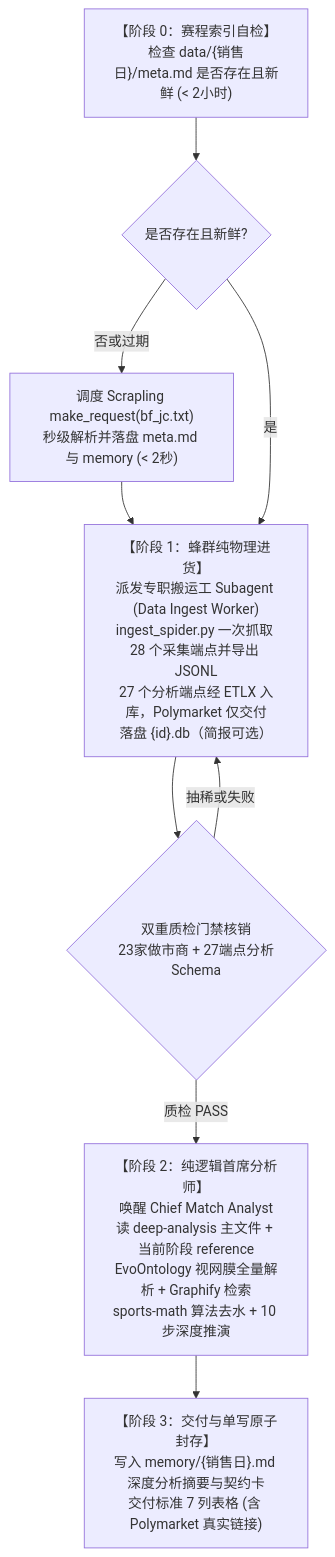
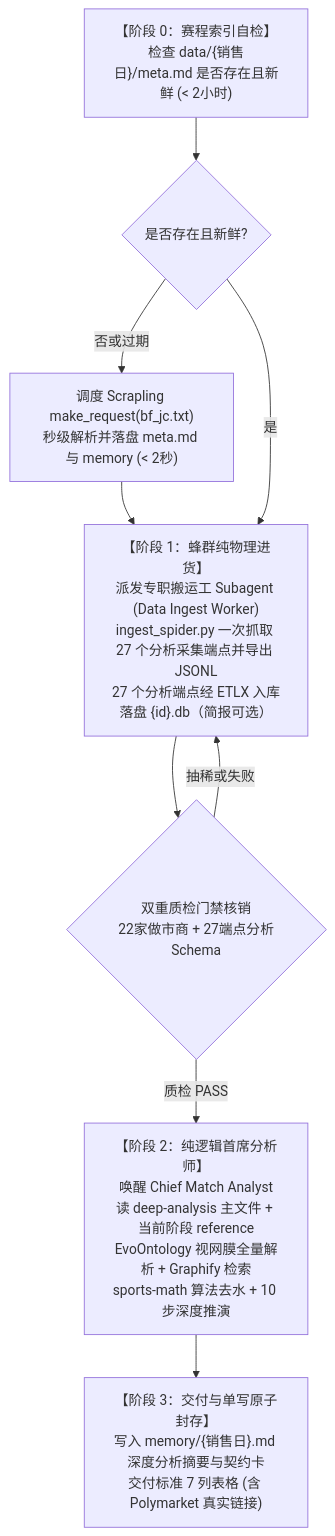
One commit to i0ivi0i/supodds changed the third of 4 diagrams in README.md. Above: the diagram before and after it, drawn with Mermaid. The commit also changed other lines of this file and 20 other files, not shown here.

````diff
--- a/README.md
+++ b/README.md
@@ -140,18 +140,18 @@
 ```mermaid
 flowchart TD
     Z["【阶段 0：赛程索引自检】<br/>检查 data/{销售日}/meta.md 是否存在且新鲜 (< 2小时)"]
     Z_NO{"是否存在且新鲜?"}
     Z_GET["调度 Scrapling make_request(bf_jc.txt)<br/>秒级解析并落盘 meta.md 与 memory (< 2秒)"]
-    P1["【阶段 1：蜂群纯物理进货】<br/>派发专职搬运工 Subagent (Data Ingest Worker)<br/>ingest_spider.py 一次抓取 28 个采集端点并导出 JSONL<br/>27 个分析端点经 ETLX 入库，Polymarket 仅交付<br/>落盘 {id}.db（简报可选）"]
-    P1_GATE{"双重质检门禁核销<br/>23家做市商 + 27端点分析Schema"}
+    P1["【阶段 1：蜂群纯物理进货】<br/>派发专职搬运工 Subagent (Data Ingest Worker)<br/>ingest_spider.py 一次抓取 27 个分析采集端点并导出 JSONL<br/>27 个分析端点经 ETLX 入库<br/>落盘 {id}.db（简报可选）"]
+    P1_GATE{"双重质检门禁核销<br/>22家做市商 + 27端点分析Schema"}
     P2["【阶段 2：纯逻辑首席分析师】<br/>唤醒 Chief Match Analyst<br/>读 deep-analysis 主文件 + 当前阶段 reference<br/>EvoOntology 视网膜全量解析 + Graphify 检索<br/>sports-math 算法去水 + 10 步深度推演"]
     OUT["【阶段 3：交付与单写原子封存】<br/>写入 memory/{销售日}.md 深度分析摘要与契约卡<br/>交付标准 7 列表格 (含 Polymarket 真实链接)"]
 
     Z --> Z_NO
     Z_NO -- 否或过期 --> Z_GET --> P1
     Z_NO -- 是 --> P1
     P1 --> P1_GATE
     P1_GATE -- 质检 PASS --> P2
     P1_GATE -- 抽稀或失败 --> P1
     P2 --> OUT
 ```
````
